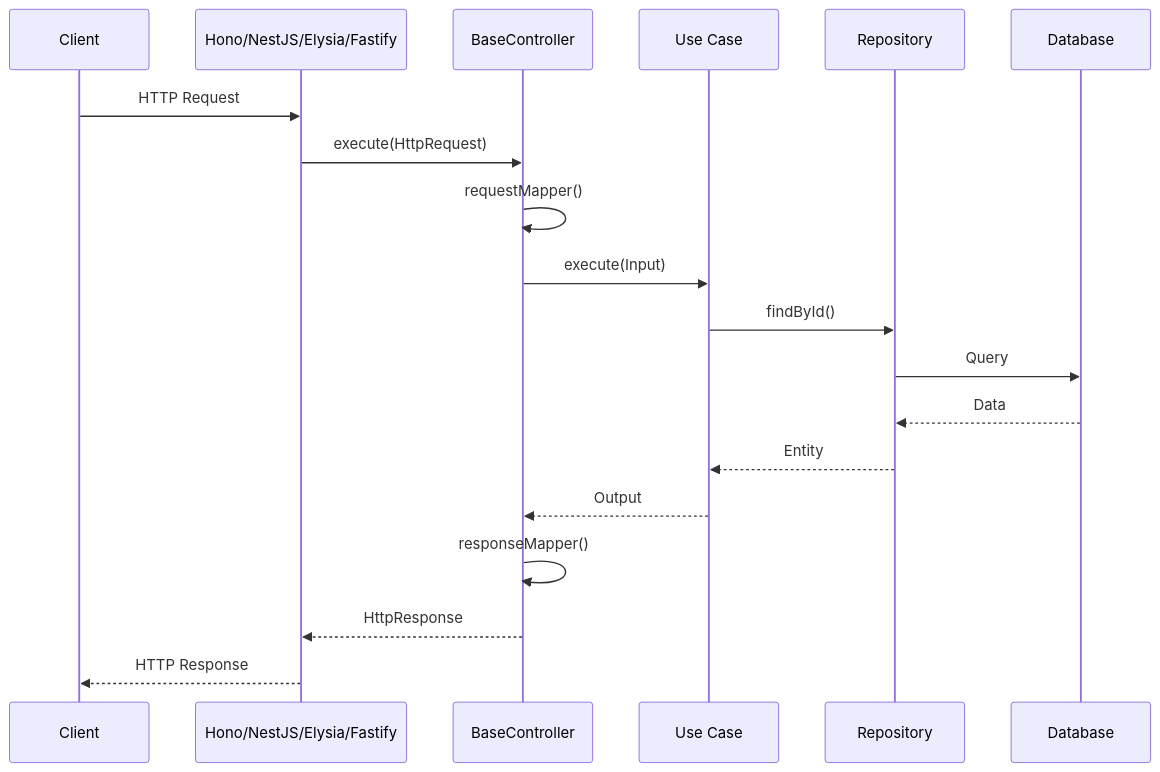
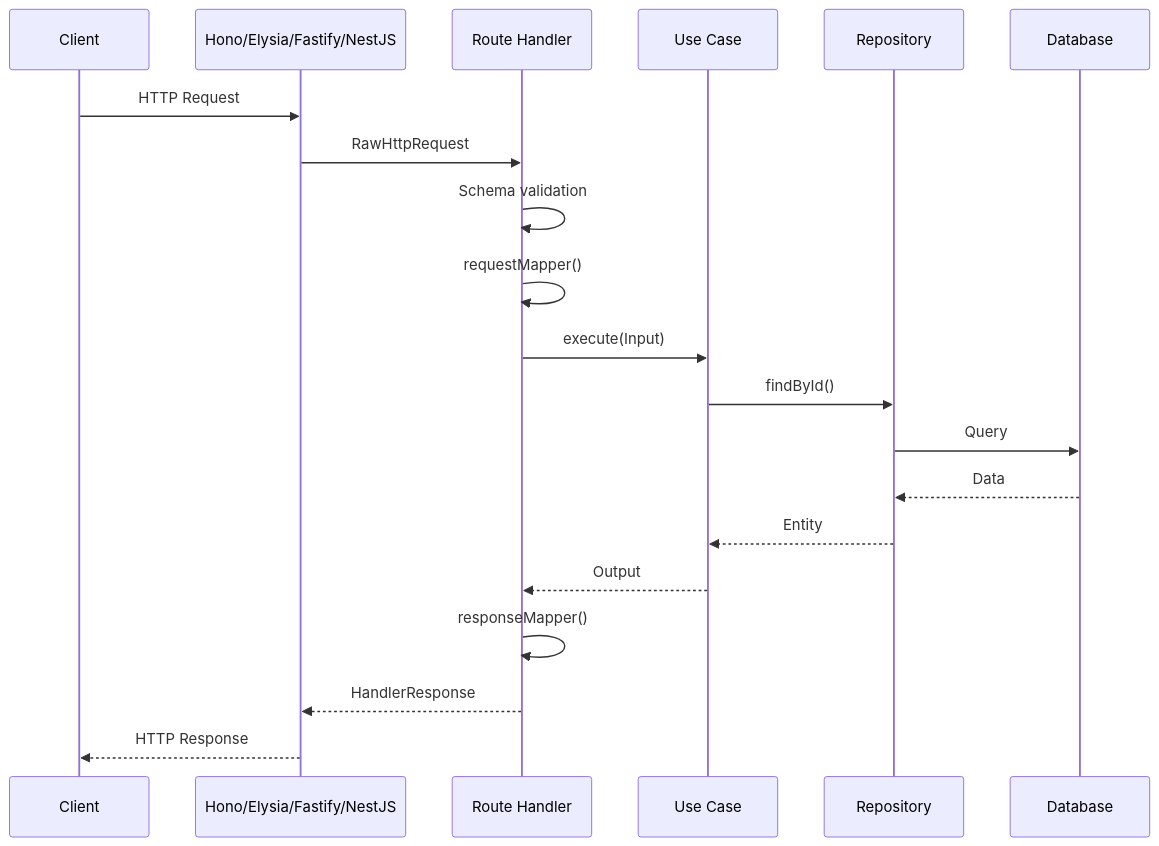
The second of 3 diagrams in readme.md (Cosmneo/onion-lasagna), drawn with Mermaid before and after one commit. The commit also changed other lines of this file, not shown here.

````diff
--- a/readme.md
+++ b/readme.md
@@ -106,22 +54,23 @@
 ```mermaid
 sequenceDiagram
     participant Client
-    participant Framework as Hono/NestJS/Elysia/Fastify
-    participant Controller as BaseController
+    participant Framework as Hono/Elysia/Fastify/NestJS
+    participant Handler as Route Handler
     participant UseCase as Use Case
     participant Repository as Repository
     participant DB as Database
 
     Client->>Framework: HTTP Request
-    Framework->>Controller: execute(HttpRequest)
-    Controller->>Controller: requestMapper()
-    Controller->>UseCase: execute(Input)
+    Framework->>Handler: RawHttpRequest
+    Handler->>Handler: Schema validation
+    Handler->>Handler: requestMapper()
+    Handler->>UseCase: execute(Input)
     UseCase->>Repository: findById()
     Repository->>DB: Query
     DB-->>Repository: Data
     Repository-->>UseCase: Entity
-    UseCase-->>Controller: Output
-    Controller->>Controller: responseMapper()
-    Controller-->>Framework: HttpResponse
+    UseCase-->>Handler: Output
+    Handler->>Handler: responseMapper()
+    Handler-->>Framework: HandlerResponse
     Framework-->>Client: HTTP Response
 ```
````
